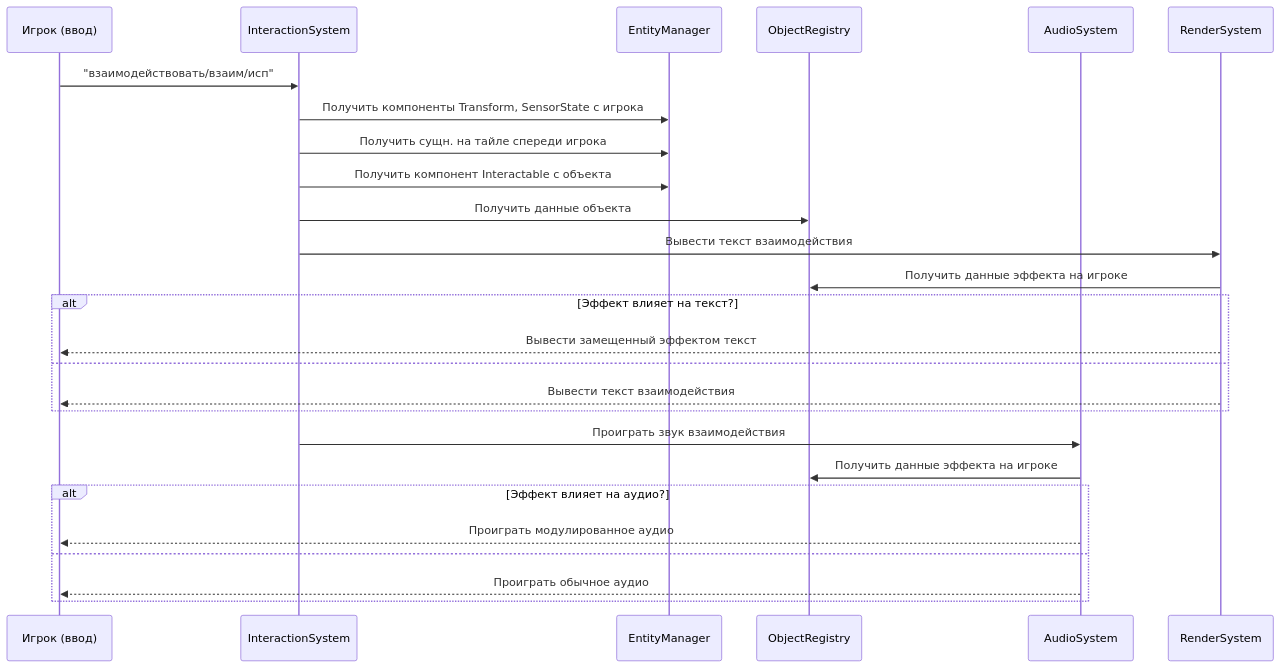
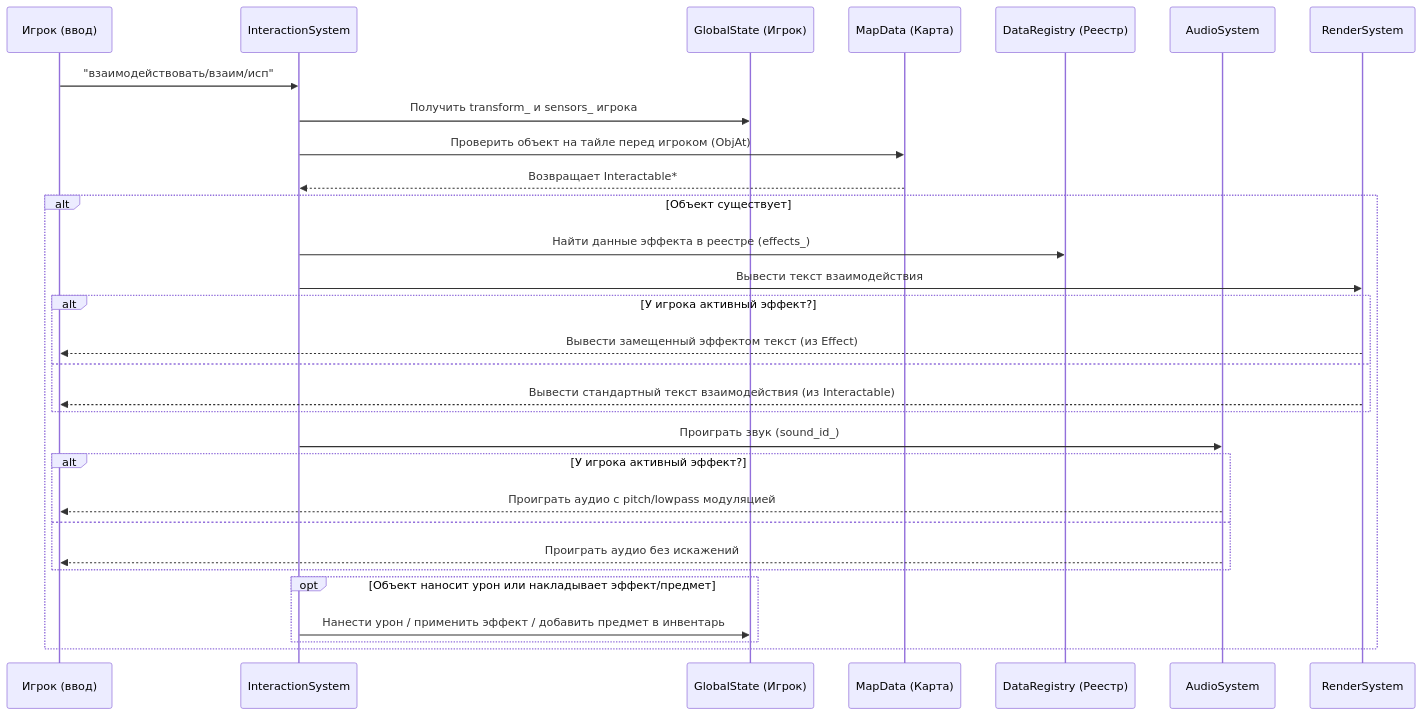
The second of 3 diagrams in Архитектура SENSORY OVERLOAD.md (rsmeowry/SensoryOverload), drawn with Mermaid before and after one commit. The commit also changed other lines of this file and 1 other file, not shown here.

````diff
--- a/Архитектура SENSORY OVERLOAD.md
+++ b/Архитектура SENSORY OVERLOAD.md
@@ -148,32 +204,36 @@
 ```mermaid
 %%{init: {'theme': 'default', 'flowchart': {'useMaxWidth': true}}}%%
 
 sequenceDiagram
 
 participant P as Игрок (ввод)
 participant IS as InteractionSystem
-participant EM as EntityManager
-participant OR as ObjectRegistry
+participant GS as GlobalState (Игрок)
+participant MD as MapData (Карта)
+participant OR as DataRegistry (Реестр)
 participant AS as AudioSystem
 participant RS as RenderSystem
 
 P->>IS: "взаимодействовать/взаим/исп"
-IS->>EM: Получить компоненты Transform, SensorState с игрока
-IS->>EM: Получить сущн. на тайле спереди игрока
-IS->>EM: Получить компонент Interactable с объекта
-IS->>OR: Получить данные объекта
-IS->>RS: Вывести текст взаимодействия
-RS->>OR: Получить данные эффекта на игроке
-alt Эффект влияет на текст?
-	RS-->>P: Вывести замещенный эффектом текст
-else
-	RS-->>P: Вывести текст взаимодействия
-end
-IS->>AS: Проиграть звук взаимодействия
-AS->>OR: Получить данные эффекта на игроке
-alt Эффект влияет на аудио?
-	AS-->>P: Проиграть модулированное аудио
-else
-	AS-->>P: Проиграть обычное аудио
+IS->>GS: Получить transform_ и sensors_ игрока
+IS->>MD: Проверить объект на тайле перед игроком (ObjAt)
+MD-->>IS: Возвращает Interactable*
+alt Объект существует
+	IS->>OR: Найти данные эффекта в реестре (effects_)
+	IS->>RS: Вывести текст взаимодействия
+	alt У игрока активный эффект?
+		RS-->>P: Вывести замещенный эффектом текст (из Effect)
+	else
+		RS-->>P: Вывести стандартный текст взаимодействия (из Interactable)
+	end
+	IS->>AS: Проиграть звук (sound_id_)
+	alt У игрока активный эффект?
+		AS-->>P: Проиграть аудио с pitch/lowpass модуляцией
+	else
+		AS-->>P: Проиграть аудио без искажений
+	end
+	opt Объект наносит урон или накладывает эффект/предмет
+		IS->>GS: Нанести урон / применить эффект / добавить предмет в инвентарь
+	end
 end
 ```
````
